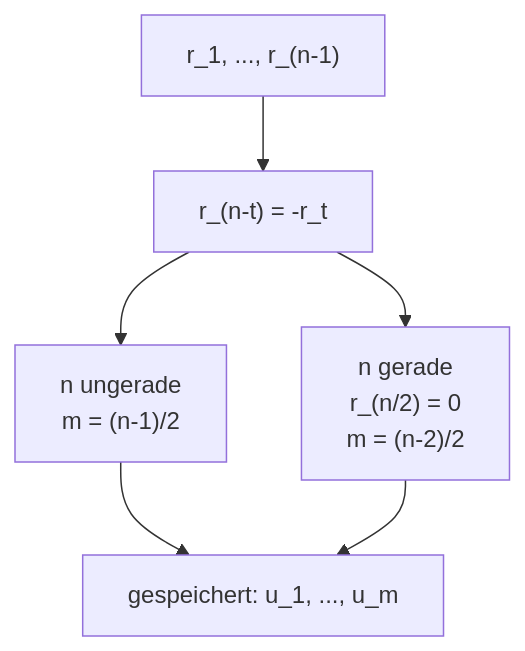
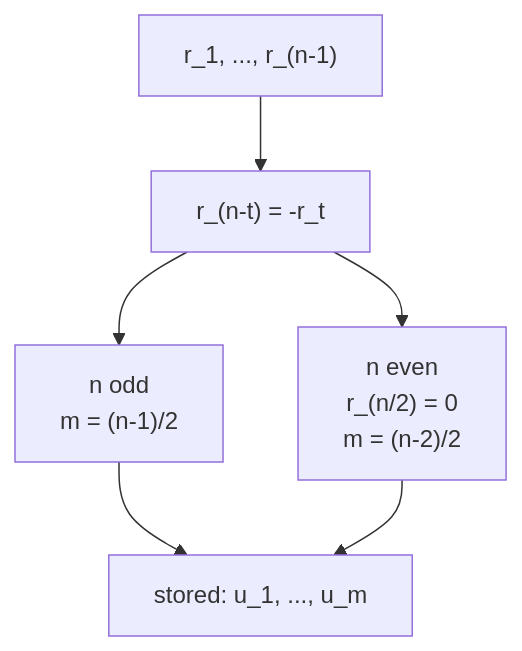
The second of 3 diagrams in docs/mathematics.md (SmolBlackHole/hadamard-668), drawn with Mermaid before and after one commit. The commit also changed other lines of this file and 23 other files, not shown here.

````diff
--- a/docs/mathematics.md
+++ b/docs/mathematics.md
@@ -113,8 +130,8 @@
 ```mermaid
 flowchart TB
     Full["r_1, ..., r_(n-1)"] --> Symmetry["r_(n-t) = -r_t"]
-    Symmetry --> Odd["n ungerade<br/>m = (n-1)/2"]
-    Symmetry --> Even["n gerade<br/>r_(n/2) = 0<br/>m = (n-2)/2"]
-    Odd --> Stored["gespeichert: u_1, ..., u_m"]
+    Symmetry --> Odd["n odd<br/>m = (n-1)/2"]
+    Symmetry --> Even["n even<br/>r_(n/2) = 0<br/>m = (n-2)/2"]
+    Odd --> Stored["stored: u_1, ..., u_m"]
     Even --> Stored
 ```
````
